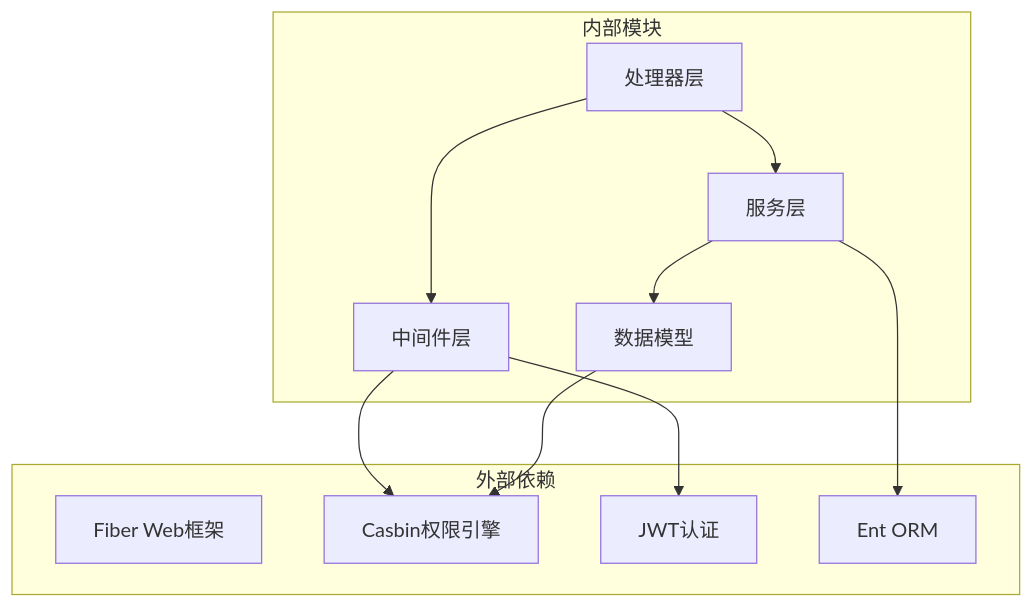
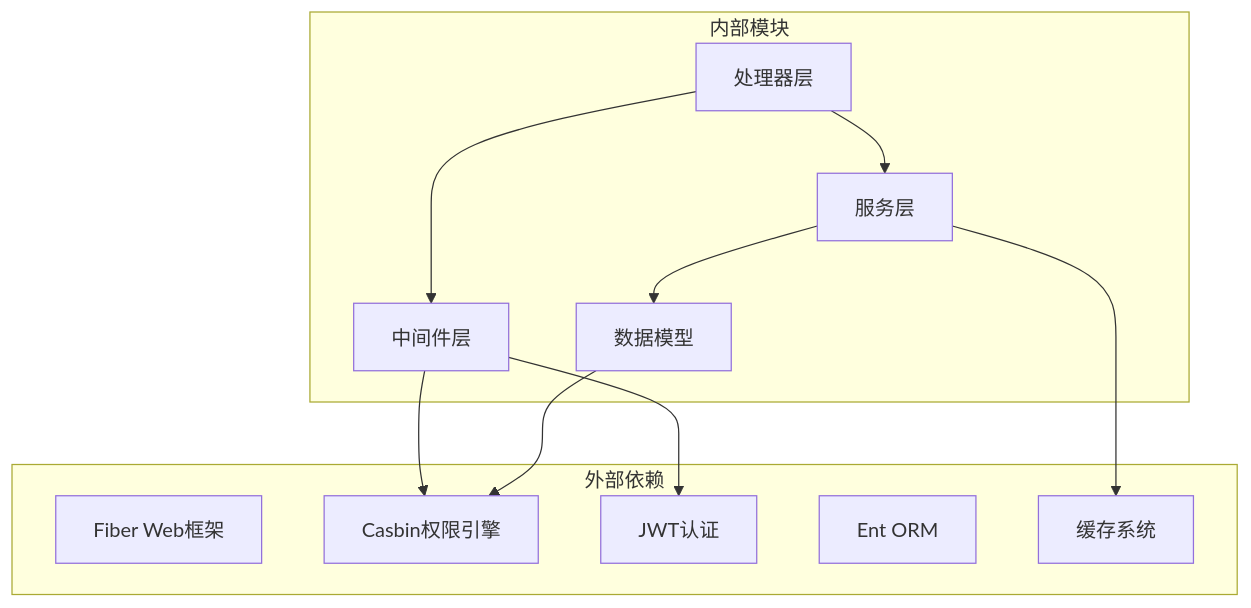
One commit to wuwuseo/e-sports-go-admin changed the fifth of 6 diagrams in .qoder/repowiki/zh/content/API接口文档/权限管理接口.md. Above: the diagram before and after it, drawn with Mermaid. The commit also changed other lines of this file and 26 other files, not shown here.

````diff
--- a/.qoder/repowiki/zh/content/API接口文档/权限管理接口.md
+++ b/.qoder/repowiki/zh/content/API接口文档/权限管理接口.md
@@ -442,22 +798,23 @@
 ```mermaid
 graph TB
 subgraph "外部依赖"
 Fiber[Fiber Web框架]
 Casbin[Casbin权限引擎]
 JWT[JWT认证]
 Ent[Ent ORM]
+Cache[缓存系统]
 end
 subgraph "内部模块"
 Handler[处理器层]
 Service[服务层]
 Middleware[中间件层]
 Model[数据模型]
 end
 Handler --> Service
 Service --> Model
 Handler --> Middleware
 Middleware --> Casbin
 Middleware --> JWT
-Service --> Ent
+Service --> Cache
 Model --> Casbin
 ```
````
